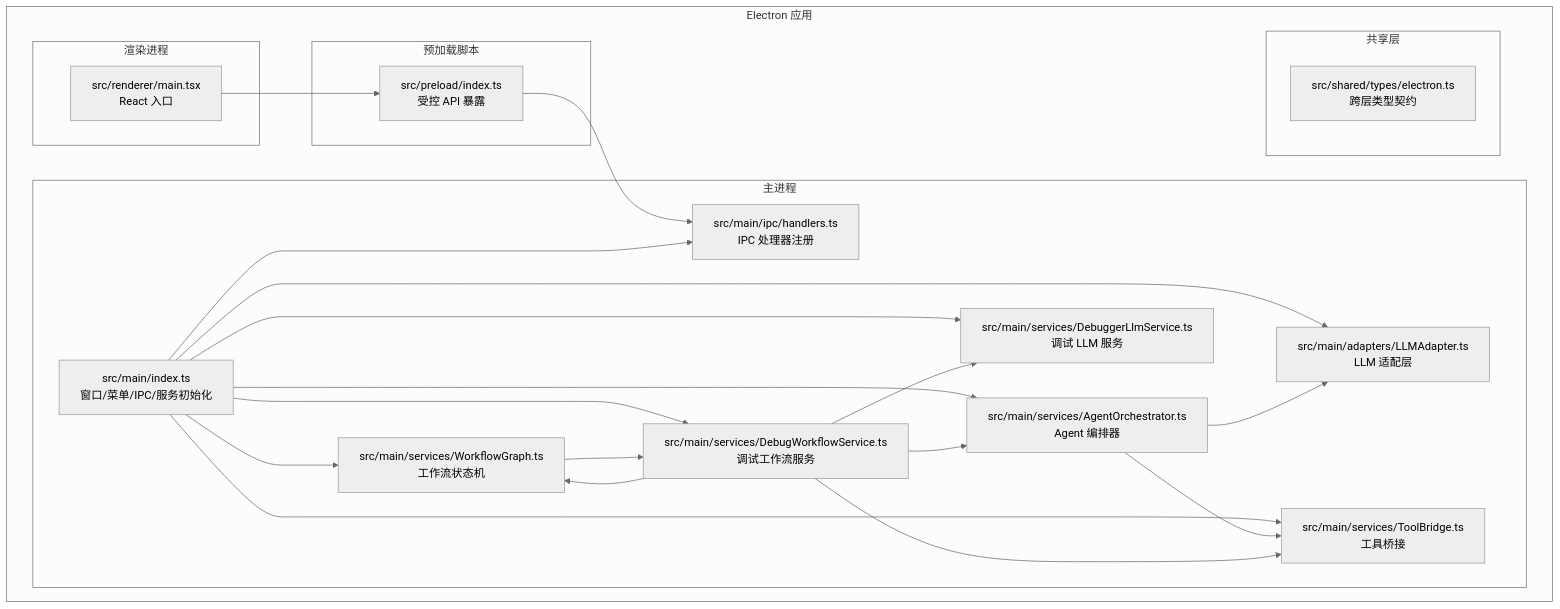
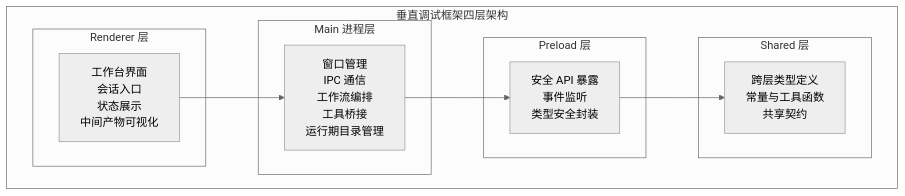
Before and after one commit to haolange/RDC-Agent: the first of 6 diagrams in .qoder/repowiki/zh/content/架构设计/架构设计.md, drawn with Mermaid (neutral theme). The commit also changed other lines of this file and 15 other files, not shown here.

````diff
--- a/.qoder/repowiki/zh/content/架构设计/架构设计.md
+++ b/.qoder/repowiki/zh/content/架构设计/架构设计.md
@@ -44,40 +49,20 @@
 ```mermaid
 graph TB
-subgraph "Electron 应用"
-subgraph "主进程"
-MAIN["src/main/index.ts<br/>窗口/菜单/IPC/服务初始化"]
-IPC["src/main/ipc/handlers.ts<br/>IPC 处理器注册"]
-WF["src/main/services/WorkflowGraph.ts<br/>工作流状态机"]
-DWS["src/main/services/DebugWorkflowService.ts<br/>调试工作流服务"]
-AO["src/main/services/AgentOrchestrator.ts<br/>Agent 编排器"]
-LLMA["src/main/adapters/LLMAdapter.ts<br/>LLM 适配层"]
-DL["src/main/services/DebuggerLlmService.ts<br/>调试 LLM 服务"]
-TB["src/main/services/ToolBridge.ts<br/>工具桥接"]
+subgraph "垂直调试框架四层架构"
+subgraph "Renderer 层"
+RC["工作台界面<br/>会话入口<br/>状态展示<br/>中间产物可视化"]
 end
-subgraph "预加载脚本"
-PRE["src/preload/index.ts<br/>受控 API 暴露"]
+subgraph "Main 进程层"
+MC["窗口管理<br/>IPC 通信<br/>工作流编排<br/>工具桥接<br/>运行期目录管理"]
 end
-subgraph "渲染进程"
-RENDER["src/renderer/main.tsx<br/>React 入口"]
+subgraph "Preload 层"
+PC["安全 API 暴露<br/>事件监听<br/>类型安全封装"]
 end
-subgraph "共享层"
-TYPES["src/shared/types/electron.ts<br/>跨层类型契约"]
+subgraph "Shared 层"
+SC["跨层类型定义<br/>常量与工具函数<br/>共享契约"]
 end
 end
-RENDER --> PRE
-PRE --> IPC
-MAIN --> IPC
-MAIN --> WF
-MAIN --> DWS
-MAIN --> AO
-MAIN --> LLMA
-MAIN --> DL
-MAIN --> TB
-WF --> DWS
-AO --> LLMA
-AO --> TB
-DWS --> WF
-DWS --> AO
-DWS --> DL
-DWS --> TB
+RC --> MC
+MC --> PC
+PC --> SC
 ```
````
